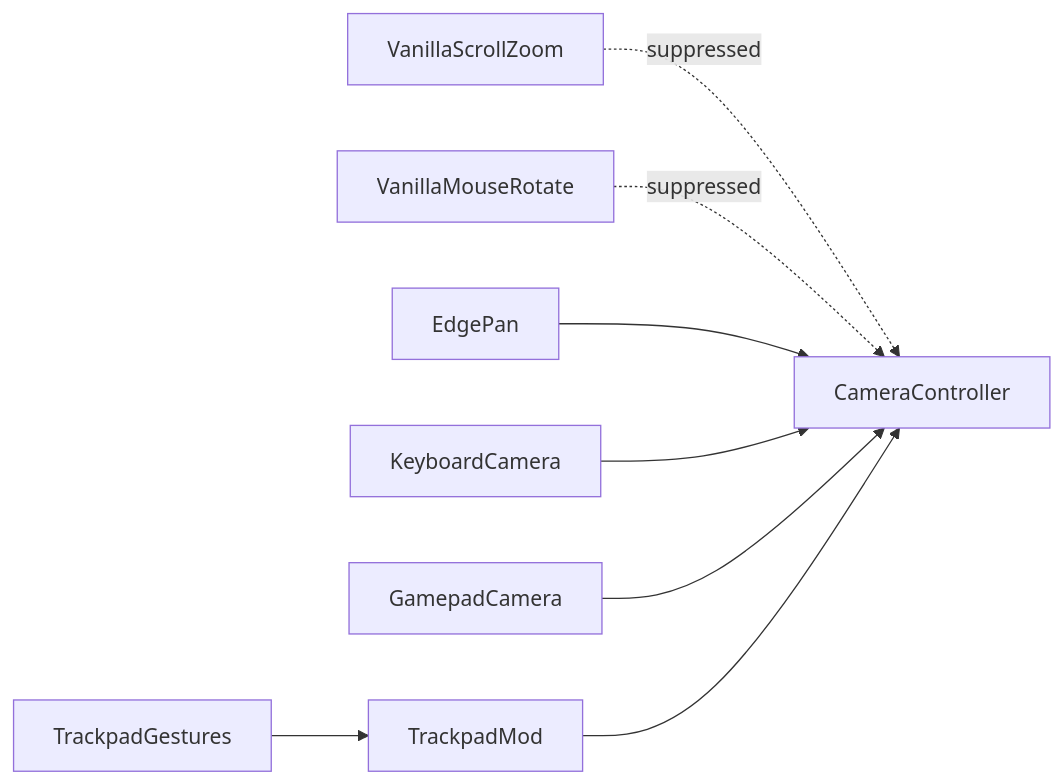
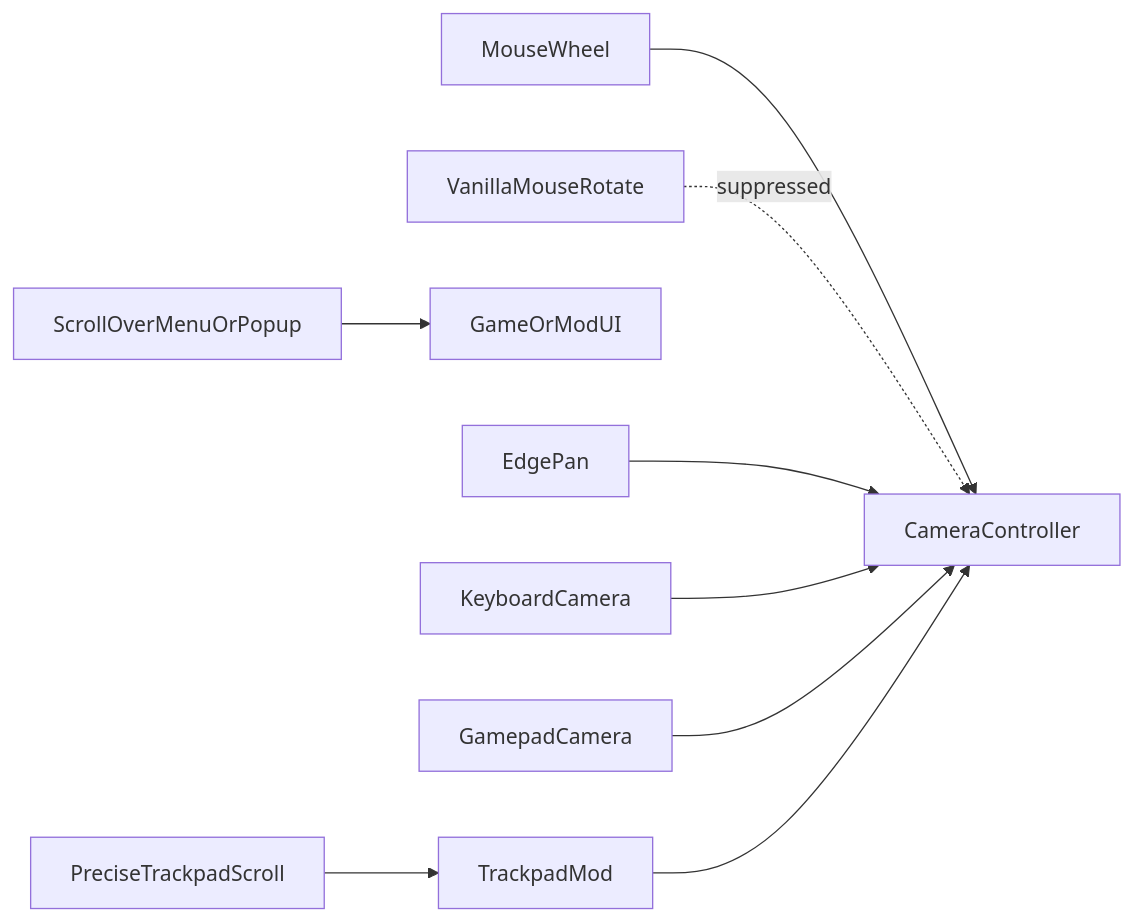
Before and after one commit to betsalel-williamson/CSL-TrackpadCameraControl: the diagram in docs/features/vanilla-camera-suppress.md, drawn with Mermaid. The commit also changed other lines of this file and 102 other files, not shown here.

````diff
--- a/docs/features/vanilla-camera-suppress.md
+++ b/docs/features/vanilla-camera-suppress.md
@@ -30,10 +34,11 @@
 ```mermaid
 flowchart LR
-  trackpad[TrackpadGestures] --> mod[TrackpadMod]
-  scroll[VanillaScrollZoom] -.->|suppressed| cam[CameraController]
+  trackpad[PreciseTrackpadScroll] --> mod[TrackpadMod]
+  wheel[MouseWheel] --> cam[CameraController]
+  scrollUi[ScrollOverMenuOrPopup] --> ui[GameOrModUI]
   mouseRot[VanillaMouseRotate] -.->|suppressed| cam
   edge[EdgePan] --> cam
   keys[KeyboardCamera] --> cam
   gamepad[GamepadCamera] --> cam
   mod --> cam
 ```
````
